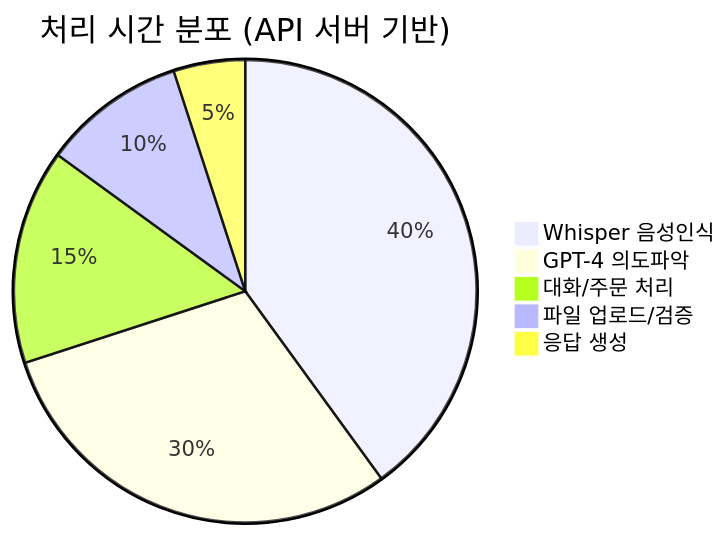
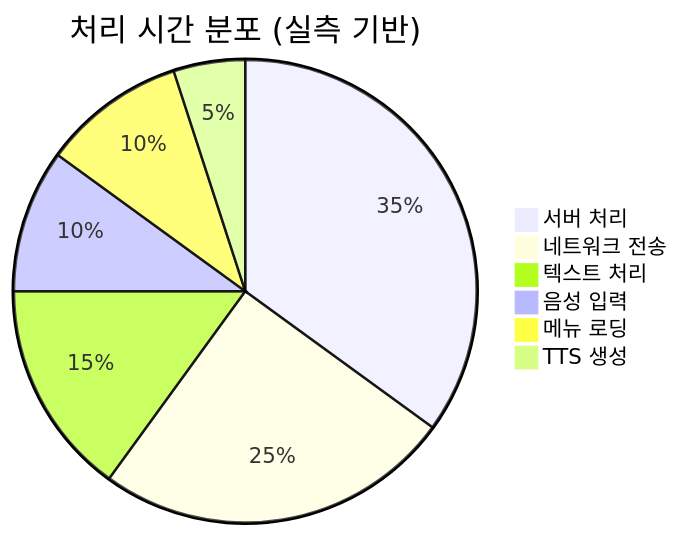
The sixth of 7 diagrams in architecture_diagrams.md (melpes/kiosk), drawn with Mermaid before and after one commit. The commit also changed other lines of this file, not shown here.

Commit message:
Update architecture_diagrams.md
실측값으로 수정

````diff
--- a/architecture_diagrams.md
+++ b/architecture_diagrams.md
@@ -272,8 +272,9 @@
 ```mermaid
-pie title 처리 시간 분포 (API 서버 기반)
-    "Whisper 음성인식" : 40
-    "GPT-4 의도파악" : 30
-    "대화/주문 처리" : 15
-    "파일 업로드/검증" : 10
-    "응답 생성" : 5
+pie title 처리 시간 분포 (실측 기반)
+    "서버 처리" : 35
+    "네트워크 전송" : 25
+    "텍스트 처리" : 15
+    "음성 입력" : 10
+    "메뉴 로딩" : 10
+    "TTS 생성" : 5
 ```
````
